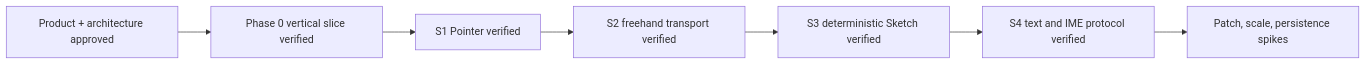
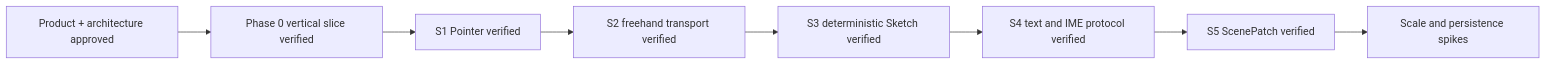
Before and after one commit to deweyou/node-ink: the diagram in docs/.state.md, drawn with Mermaid. The commit also changed other lines of this file and 18 other files, not shown here.

Commit message:
feat: add revisioned scene patch pipeline

````diff
--- a/docs/.state.md
+++ b/docs/.state.md
@@ -3,9 +3,10 @@
 ```mermaid
 flowchart LR
     Design["Product + architecture approved"] --> Slice["Phase 0 vertical slice verified"]
     Slice --> Pointer["S1 Pointer verified"]
     Pointer --> Stroke["S2 freehand transport verified"]
     Stroke --> Sketch["S3 deterministic Sketch verified"]
     Sketch --> Text["S4 text and IME protocol verified"]
-    Text --> Spikes["Patch, scale, persistence spikes"]
+    Text --> Patch["S5 ScenePatch verified"]
+    Patch --> Spikes["Scale and persistence spikes"]
 ```
````
